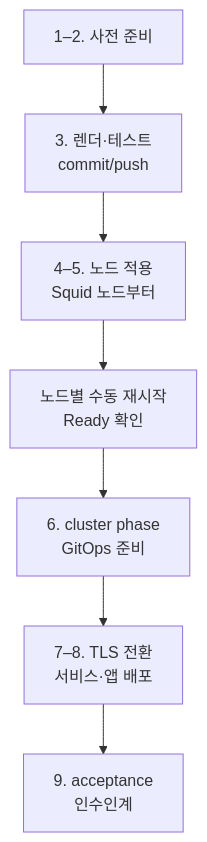
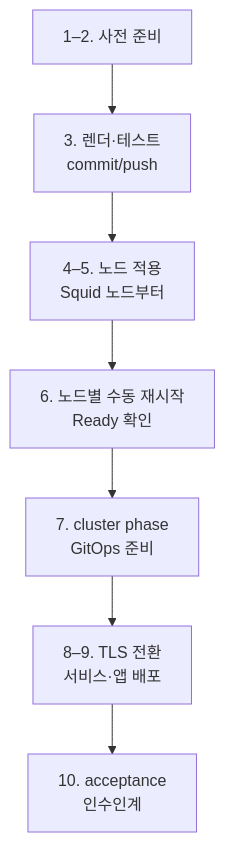
Before and after one commit to KREONET/SADP: the diagram in docs/installation.md, drawn with Mermaid. The commit also changed other lines of this file and 17 other files, not shown here.

````diff
--- a/docs/installation.md
+++ b/docs/installation.md
@@ -10,9 +10,9 @@
 ```mermaid
 flowchart TD
     Ready["1–2. 사전 준비"] --> Render["3. 렌더·테스트<br/>commit/push"]
     Render --> Nodes["4–5. 노드 적용<br/>Squid 노드부터"]
-    Nodes --> Restart["노드별 수동 재시작<br/>Ready 확인"]
-    Restart --> Cluster["6. cluster phase<br/>GitOps 준비"]
-    Cluster --> TLS["7–8. TLS 전환<br/>서비스·앱 배포"]
-    TLS --> Verify["9. acceptance<br/>인수인계"]
+    Nodes --> Restart["6. 노드별 수동 재시작<br/>Ready 확인"]
+    Restart --> Cluster["7. cluster phase<br/>GitOps 준비"]
+    Cluster --> TLS["8–9. TLS 전환<br/>서비스·앱 배포"]
+    TLS --> Verify["10. acceptance<br/>인수인계"]
 ```
````
